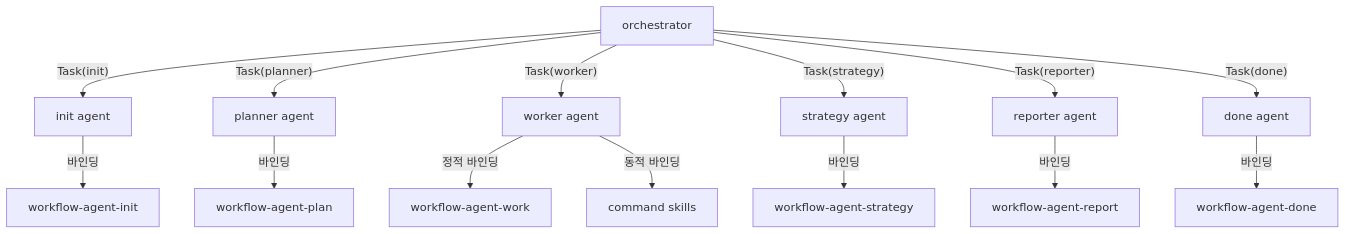
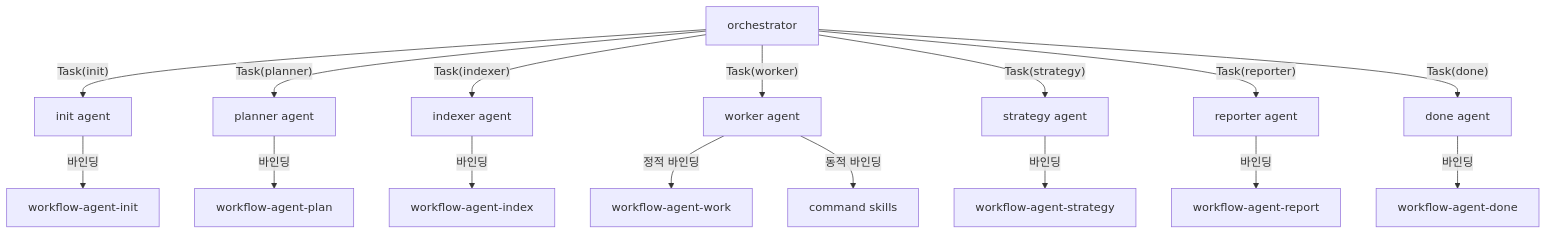
Before and after one commit to KoreanLeeChangHyun/claude-workflow: the diagram in .claude/skills/workflow-agent-orchestration/common-reference.md, drawn with Mermaid. The commit also changed other lines of this file and 47 other files, not shown here.

````diff
--- a/.claude/skills/workflow-agent-orchestration/common-reference.md
+++ b/.claude/skills/workflow-agent-orchestration/common-reference.md
@@ -52,17 +53,19 @@
 ```mermaid
 flowchart TD
     ORCH[orchestrator] -->|"Task(init)"| INIT_A[init agent]
     ORCH -->|"Task(planner)"| PLAN_A[planner agent]
+    ORCH -->|"Task(indexer)"| INDEX_A[indexer agent]
     ORCH -->|"Task(worker)"| WORK_A[worker agent]
     ORCH -->|"Task(strategy)"| STRAT_A[strategy agent]
     ORCH -->|"Task(reporter)"| REPORT_A[reporter agent]
     ORCH -->|"Task(done)"| DONE_A[done agent]
 
     INIT_A -->|바인딩| WF_INIT[workflow-agent-init]
     PLAN_A -->|바인딩| WF_PLAN[workflow-agent-plan]
+    INDEX_A -->|바인딩| WF_INDEX[workflow-agent-index]
     WORK_A -->|정적 바인딩| WF_WORK[workflow-agent-work]
     WORK_A -->|동적 바인딩| CMD_SKILLS[command skills]
     STRAT_A -->|바인딩| WF_STRAT[workflow-agent-strategy]
     REPORT_A -->|바인딩| WF_REPORT[workflow-agent-report]
     DONE_A -->|바인딩| WF_DONE[workflow-agent-done]
 ```
````
